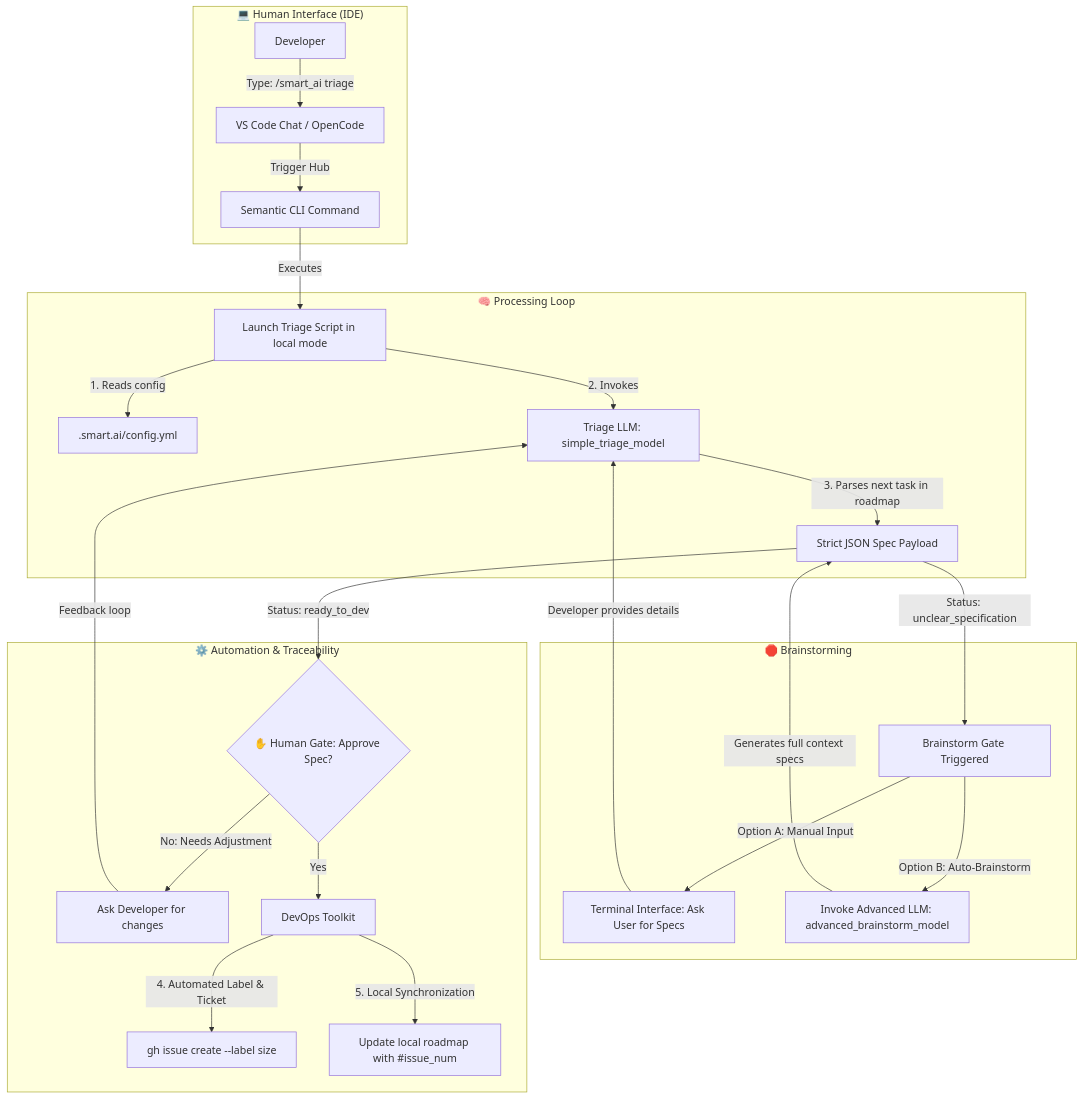
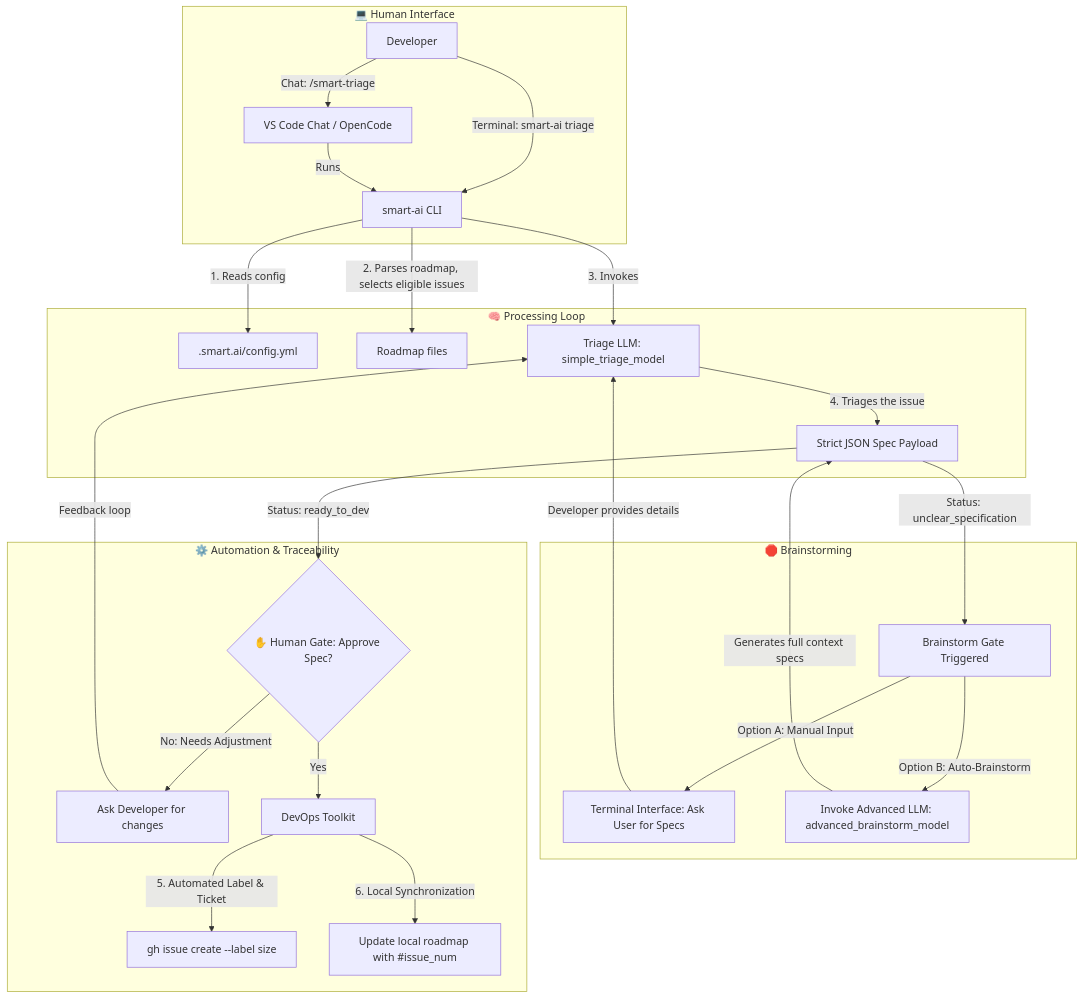
The diagram in docs/pipelines/triage_local.md (fletort/smart-ai-factory), drawn with Mermaid before and after one commit. The commit also changed other lines of this file and 6 other files, not shown here.

````diff
--- a/docs/pipelines/triage_local.md
+++ b/docs/pipelines/triage_local.md
@@ -16,34 +21,35 @@
 ```mermaid
 graph TD
-    subgraph "💻 Human Interface (IDE)"
-        User[Developer] -->|Type: /smart_ai triage| Chat[VS Code Chat / OpenCode]
-        Chat -->|Trigger Hub| CLI[Semantic CLI Command]
+    subgraph "💻 Human Interface"
+        User[Developer] -->|Terminal: smart-ai triage| CLI[smart-ai CLI]
+        User -->|Chat: /smart-triage| Chat[VS Code Chat / OpenCode]
+        Chat -->|Runs| CLI
     end
 
     subgraph "🧠 Processing Loop"
-        CLI -->|Executes| Script[Launch Triage Script in local mode]
-        Script -->|1. Reads config| Config[.smart.ai/config.yml]
-        Script -->|2. Invokes| LLM[Triage LLM: simple_triage_model]
-        LLM -->|3. Parses next task in roadmap| JSON[Strict JSON Spec Payload]
+        CLI -->|1. Reads config| Config[.smart.ai/config.yml]
+        CLI -->|2. Parses roadmap, selects eligible issues| RM0[Roadmap files]
+        CLI -->|3. Invokes| LLM[Triage LLM: simple_triage_model]
+        LLM -->|4. Triages the issue| JSON[Strict JSON Spec Payload]
     end
 
     subgraph "🛑 Brainstorming"
         JSON -->|"Status: unclear_specification"| BS[Brainstorm Gate Triggered]
         BS -->|Option A: Manual Input| Prompt[Terminal Interface: Ask User for Specs]
         Prompt -->|Developer provides details| LLM
 
         BS -->|Option B: Auto-Brainstorm| Claude[Invoke Advanced LLM: advanced_brainstorm_model]
         Claude -->|Generates full context specs| JSON
     end
 
     subgraph "⚙️ Automation & Traceability"
         JSON -->|"Status: ready_to_dev"| HITL{✋ Human Gate: Approve Spec?}
 
         HITL -->|No: Needs Adjustment| Adjust[Ask Developer for changes]
         Adjust -->|Feedback loop| LLM
 
         HITL -->|Yes| DevOp[DevOps Toolkit]
-        DevOp -->|4. Automated Label & Ticket| GH[gh issue create --label size]
-        DevOp -->|5. Local Synchronization| RM[Update local roadmap with #issue_num]
+        DevOp -->|5. Automated Label & Ticket| GH[gh issue create --label size]
+        DevOp -->|6. Local Synchronization| RM[Update local roadmap with #issue_num]
     end
 ```
````
